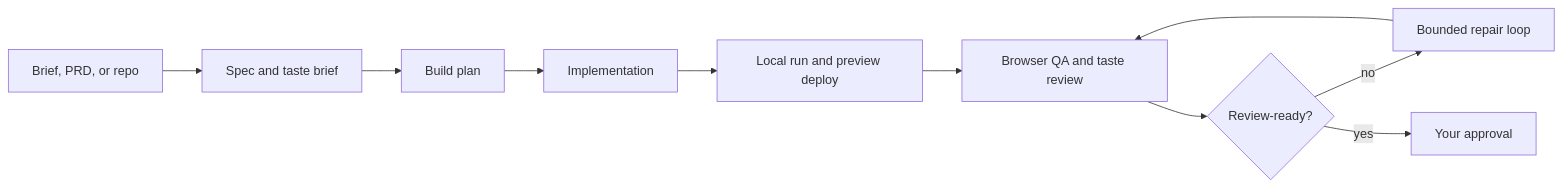
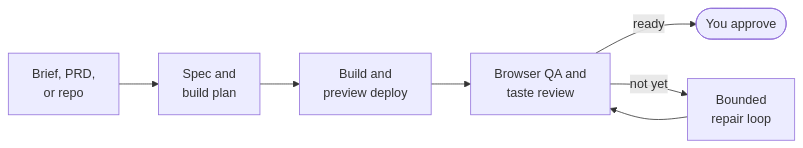
The diagram in README.md (chrissotraidis/RDS), drawn with Mermaid before and after one commit.

Commit message:
README: compact pipeline diagram that stays legible on GitHub (#2)

````diff
--- a/README.md
+++ b/README.md
@@ -112,12 +112,9 @@
 ```mermaid
 flowchart LR
-  A[Brief, PRD, or repo] --> B[Spec and taste brief]
-  B --> C[Build plan]
-  C --> D[Implementation]
-  D --> E[Local run and preview deploy]
-  E --> F[Browser QA and taste review]
-  F --> G{Review-ready?}
-  G -- no --> H[Bounded repair loop]
-  H --> F
-  G -- yes --> I[Your approval]
+  A["Brief, PRD,<br>or repo"] --> B["Spec and<br>build plan"]
+  B --> C["Build and<br>preview deploy"]
+  C --> D["Browser QA and<br>taste review"]
+  D -- ready --> E(["You approve"])
+  D -- not yet --> F["Bounded<br>repair loop"]
+  F --> D
 ```
````
